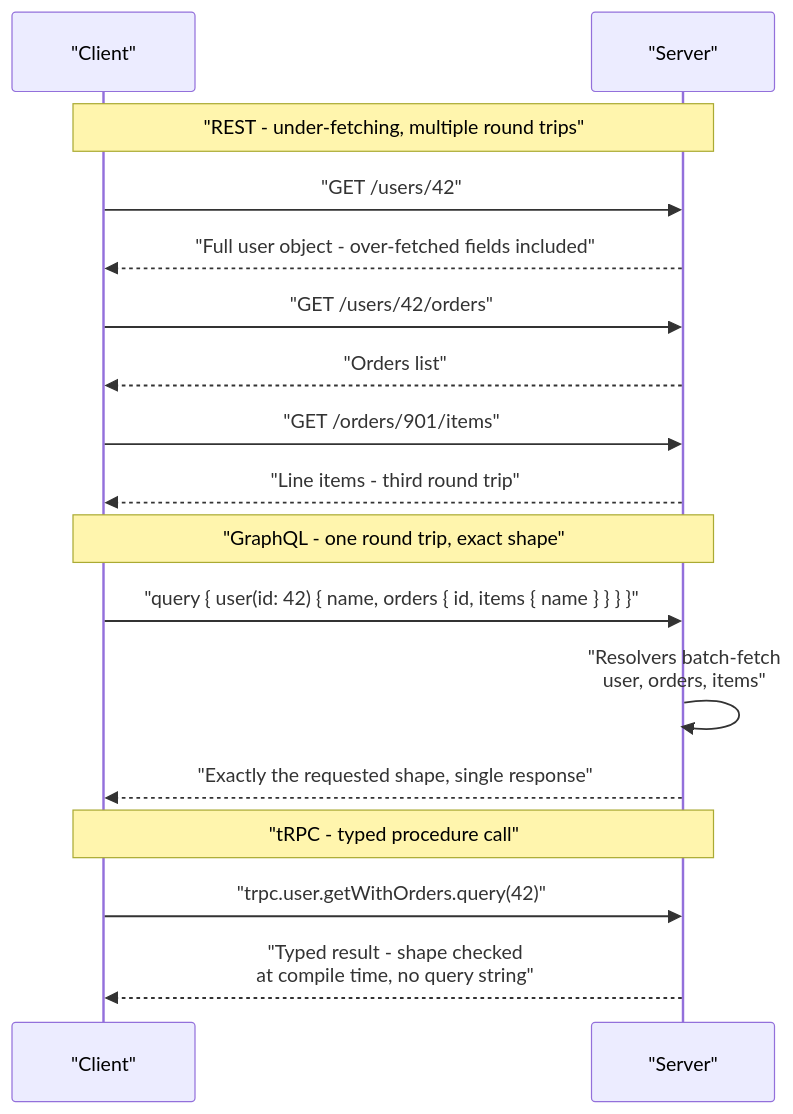
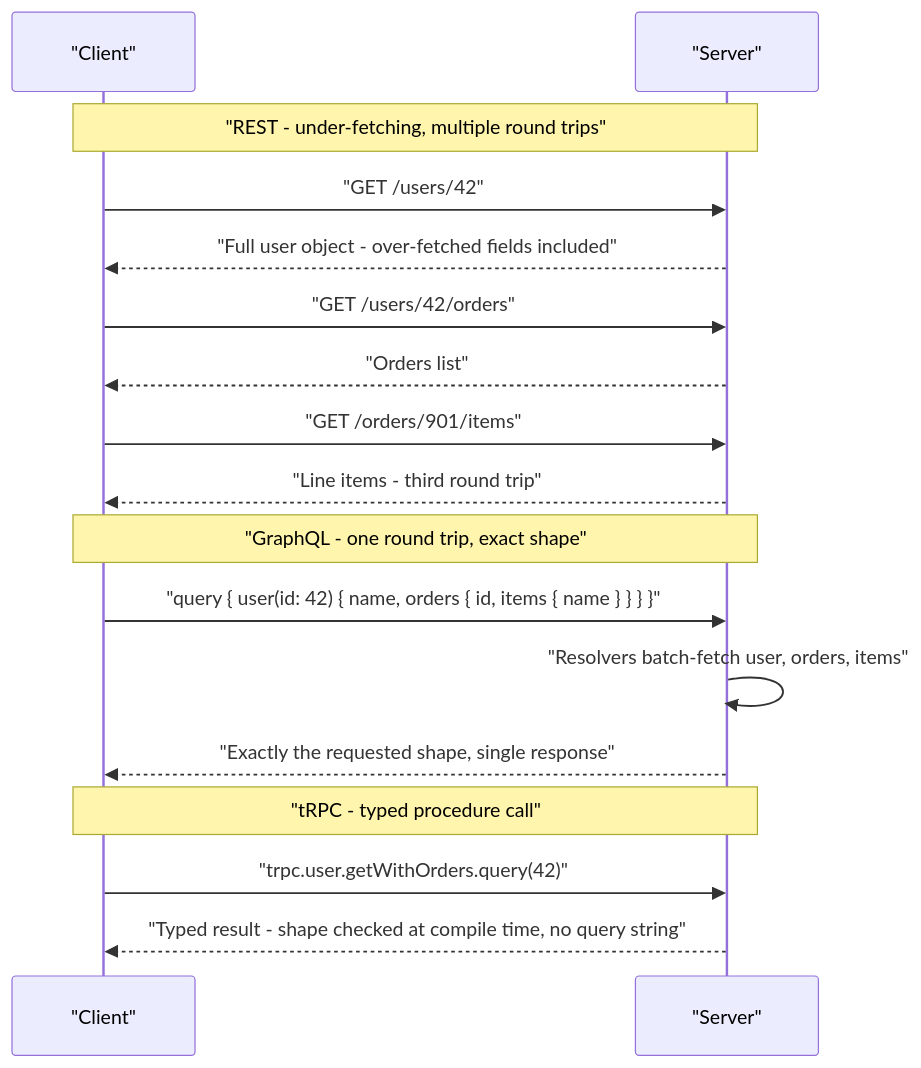
Before and after one commit to vinayakhumberi/litmus: the second of 2 diagrams in data/topics/api-design-tradeoffs.md, drawn with Mermaid. The commit also changed other lines of this file and 68 other files, not shown here.

````diff
--- a/data/topics/api-design-tradeoffs.md
+++ b/data/topics/api-design-tradeoffs.md
@@ -104,22 +104,22 @@
 ```mermaid
 sequenceDiagram
     participant C as "Client"
     participant S as "Server"
 
     Note over C,S: "REST - under-fetching, multiple round trips"
     C->>S: "GET /users/42"
     S-->>C: "Full user object - over-fetched fields included"
     C->>S: "GET /users/42/orders"
     S-->>C: "Orders list"
     C->>S: "GET /orders/901/items"
     S-->>C: "Line items - third round trip"
 
     Note over C,S: "GraphQL - one round trip, exact shape"
     C->>S: "query { user(id: 42) { name, orders { id, items { name } } } }"
-    S->>S: "Resolvers batch-fetch<br>user, orders, items"
+    S->>S: "Resolvers batch-fetch user, orders, items"
     S-->>C: "Exactly the requested shape, single response"
 
     Note over C,S: "tRPC - typed procedure call"
     C->>S: "trpc.user.getWithOrders.query(42)"
-    S-->>C: "Typed result - shape checked<br>at compile time, no query string"
+    S-->>C: "Typed result - shape checked at compile time, no query string"
 ```
````
